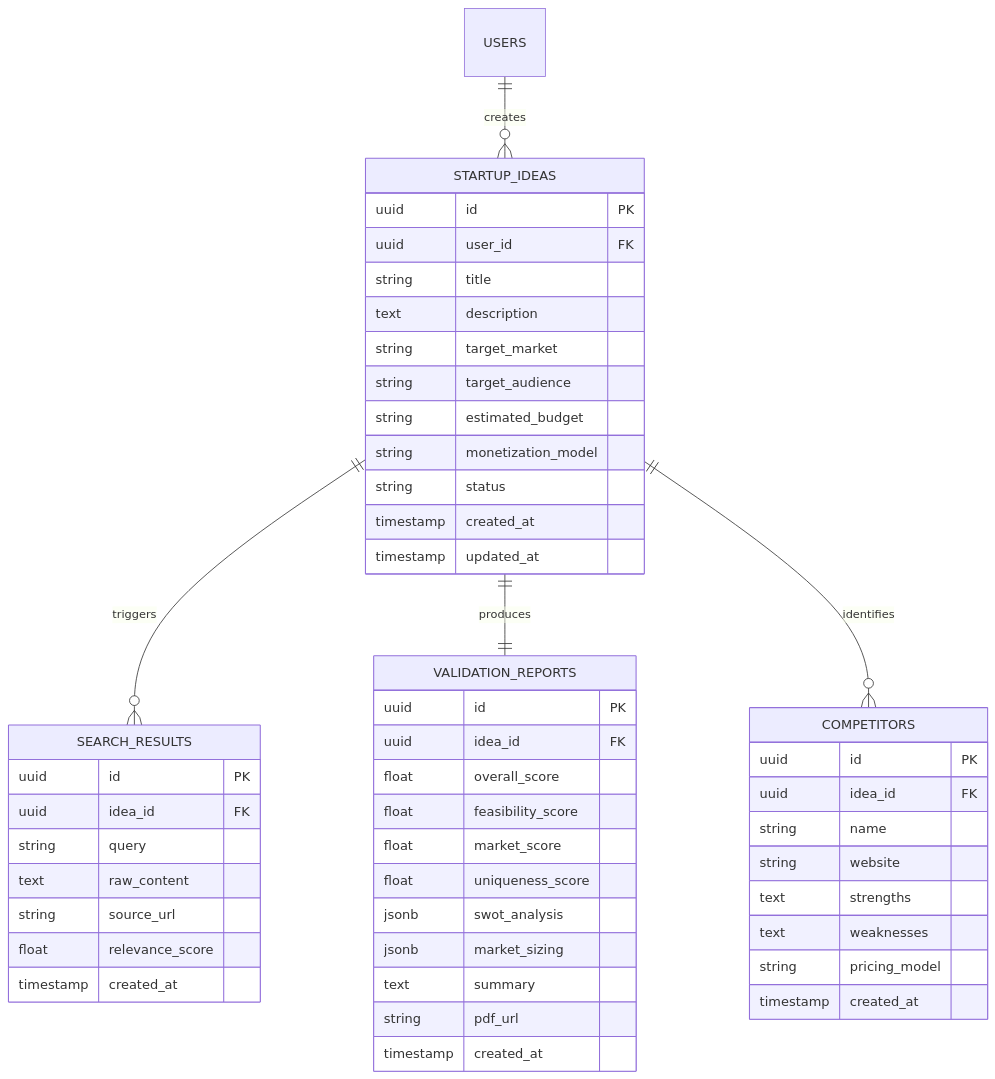
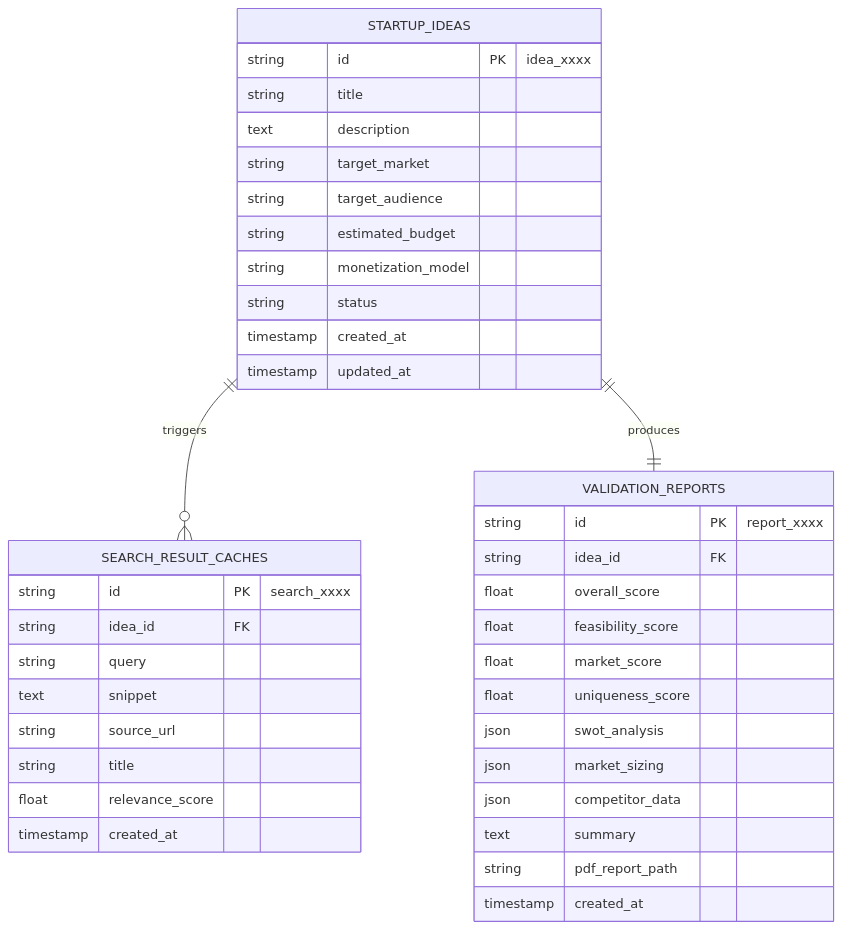
One commit to lakshyasinghal08/AI-Startup-Idea-Validator changed the diagram in docs/data-models.md. Above: the diagram before and after it, drawn with Mermaid. The commit also changed other lines of this file and 49 other files, not shown here.

````diff
--- a/docs/data-models.md
+++ b/docs/data-models.md
@@ -10,56 +16,44 @@
 ```mermaid
 erDiagram
-    USERS ||--o{ STARTUP_IDEAS : creates
-    STARTUP_IDEAS ||--o{ SEARCH_RESULTS : triggers
+    STARTUP_IDEAS ||--o{ SEARCH_RESULT_CACHES : triggers
     STARTUP_IDEAS ||--|| VALIDATION_REPORTS : produces
-    STARTUP_IDEAS ||--o{ COMPETITORS : identifies
 
     STARTUP_IDEAS {
-        uuid id PK
-        uuid user_id FK
+        string id PK "idea_xxxx"
         string title
         text description
         string target_market
         string target_audience
         string estimated_budget
         string monetization_model
         string status
         timestamp created_at
         timestamp updated_at
     }
 
-    SEARCH_RESULTS {
-        uuid id PK
-        uuid idea_id FK
+    SEARCH_RESULT_CACHES {
+        string id PK "search_xxxx"
+        string idea_id FK
         string query
-        text raw_content
+        text snippet
         string source_url
+        string title
         float relevance_score
         timestamp created_at
     }
 
     VALIDATION_REPORTS {
-        uuid id PK
-        uuid idea_id FK
+        string id PK "report_xxxx"
+        string idea_id FK
         float overall_score
         float feasibility_score
         float market_score
         float uniqueness_score
-        jsonb swot_analysis
-        jsonb market_sizing
+        json swot_analysis
+        json market_sizing
+        json competitor_data
         text summary
-        string pdf_url
-        timestamp created_at
-    }
-
-    COMPETITORS {
-        uuid id PK
-        uuid idea_id FK
-        string name
-        string website
-        text strengths
-        text weaknesses
-        string pricing_model
+        string pdf_report_path
         timestamp created_at
     }
 ```
````
